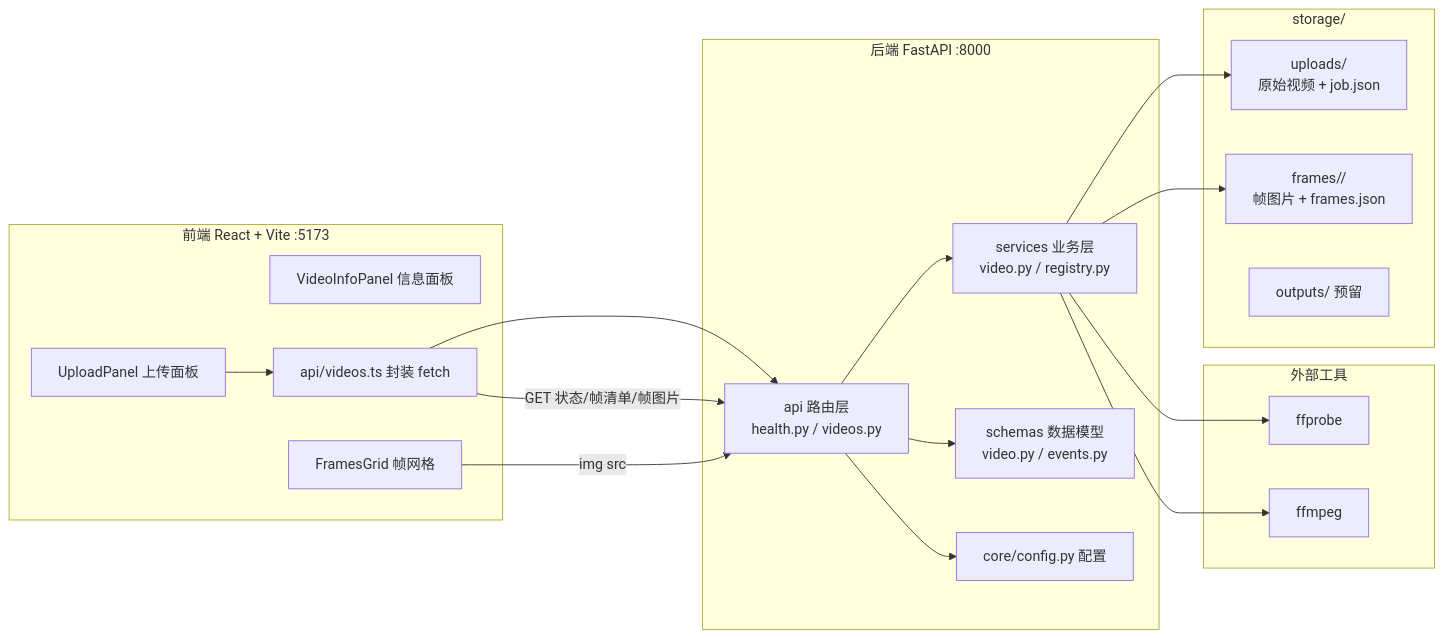
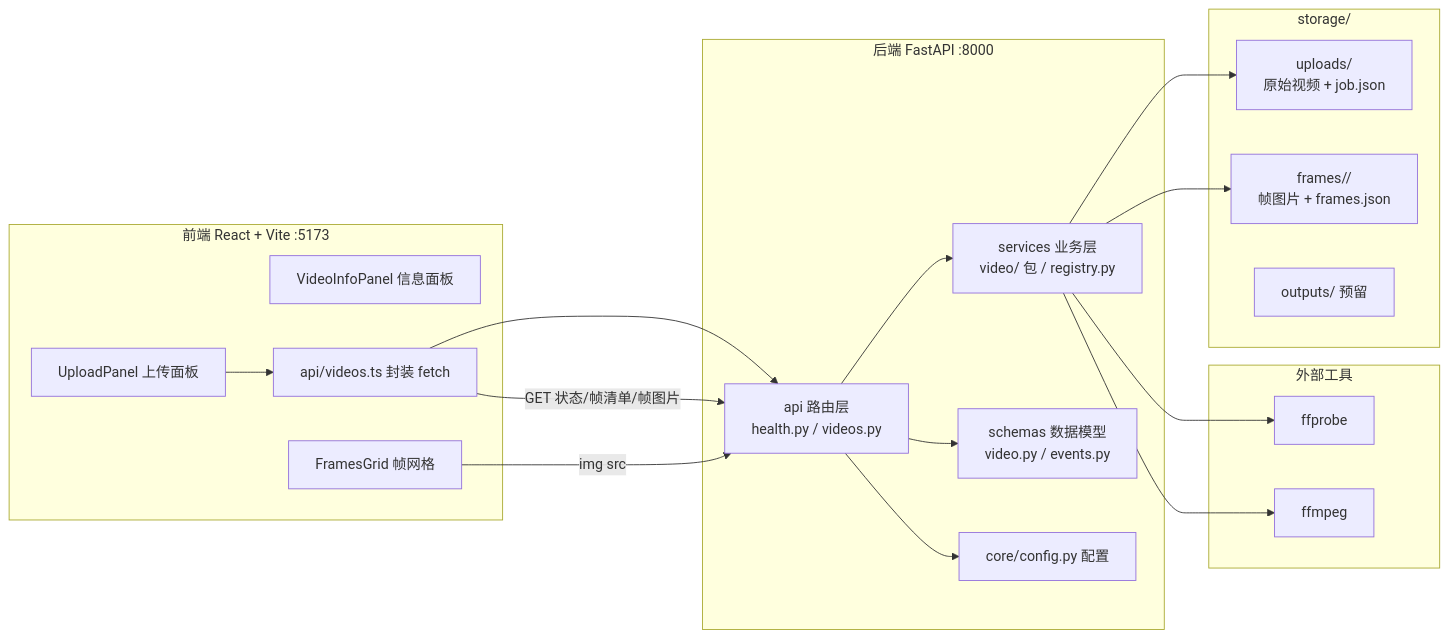
One commit to NCHU-2026-AI-Competition-Team/ai-comic-review changed the diagram in docs/architecture.md. Above: the diagram before and after it, drawn with Mermaid. The commit also changed other lines of this file and 2 other files, not shown here.

````diff
--- a/docs/architecture.md
+++ b/docs/architecture.md
@@ -5,38 +5,38 @@
 ```mermaid
 flowchart LR
     subgraph 前端[前端 React + Vite :5173]
         UP[UploadPanel 上传面板]
         VP[VideoInfoPanel 信息面板]
         FG[FramesGrid 帧网格]
         API[api/videos.ts 封装 fetch]
     end
 
     subgraph 后端[后端 FastAPI :8000]
         ROUTE[api 路由层<br/>health.py / videos.py]
-        SVC[services 业务层<br/>video.py / registry.py]
+        SVC[services 业务层<br/>video/ 包 / registry.py]
         SCHEMA[schemas 数据模型<br/>video.py / events.py]
         CFG[core/config.py 配置]
     end
 
     subgraph 外部工具
         FFP[ffprobe]
         FFM[ffmpeg]
     end
 
     subgraph 磁盘[storage/]
         UPL[uploads/<br/>原始视频 + job.json]
         FRM[frames/<video_id>/<br/>帧图片 + frames.json]
         OUT[outputs/ 预留]
     end
 
     UP --> API --> ROUTE
     ROUTE --> SVC
     SVC --> FFP
     SVC --> FFM
     SVC --> UPL
     SVC --> FRM
     ROUTE --> SCHEMA
     ROUTE --> CFG
     API -->|GET 状态/帧清单/帧图片| ROUTE
     FG -->|img src| ROUTE
 ```
````
